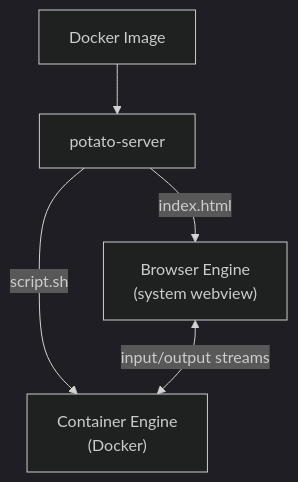
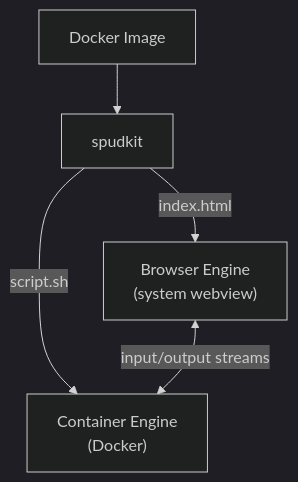
One commit to kantord/potato changed the diagram in README.md. Above: the diagram before and after it, drawn with Mermaid (dark theme). The commit also changed other lines of this file and 8 other files, not shown here.

````diff
--- a/README.md
+++ b/README.md
@@ -33,7 +33,7 @@
 ```mermaid
 graph TB
-    IMAGE["Docker Image"] --> SERVER["potato-server"]
+    IMAGE["Docker Image"] --> SERVER["spudkit"]
     SERVER -- "index.html" --> BROWSER["Browser Engine\n(system webview)"]
     SERVER -- "script.sh" --> DOCKER["Container Engine\n(Docker)"]
     BROWSER <-- "input/output streams" --> DOCKER
 ```
````
